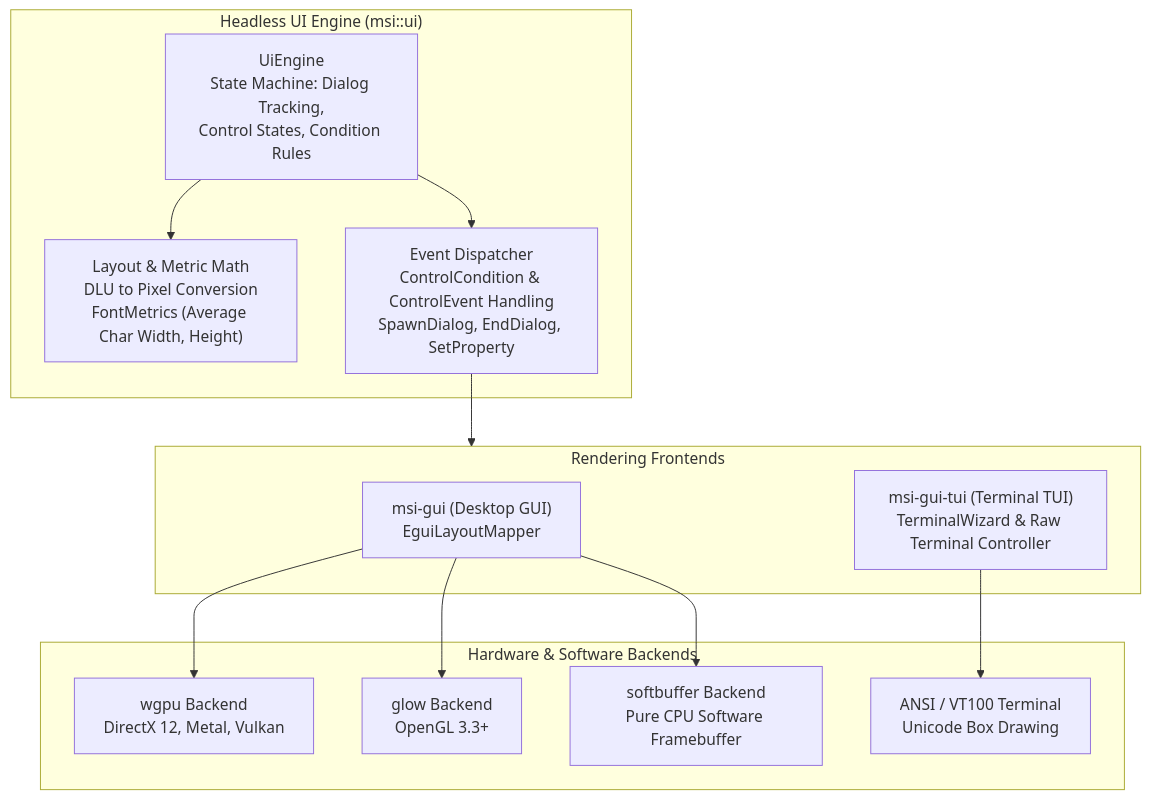
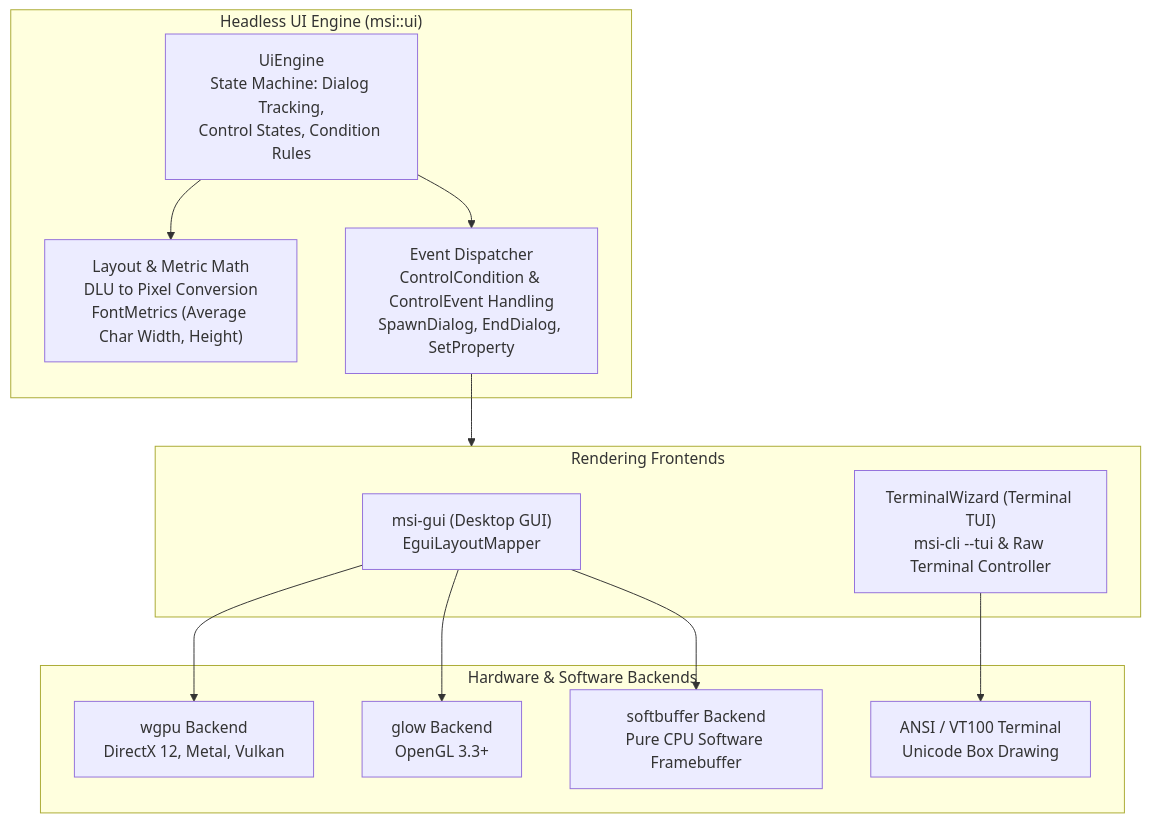
Before and after one commit to SamuelMarks/msi-rs: diagram 11 of 13 in ARCHITECTURE.md, drawn with Mermaid. The commit also changed other lines of this file and 13 other files, not shown here.

````diff
--- a/ARCHITECTURE.md
+++ b/ARCHITECTURE.md
@@ -600,29 +602,29 @@
 ```mermaid
 graph TD
     subgraph HEADLESS_CORE["Headless UI Engine (msi::ui)"]
         ENGINE["UiEngine<br/>State Machine: Dialog Tracking,<br/>Control States, Condition Rules"]
         LAYOUT["Layout & Metric Math<br/>DLU to Pixel Conversion<br/>FontMetrics (Average Char Width, Height)"]
         DISPATCH["Event Dispatcher<br/>ControlCondition & ControlEvent Handling<br/>SpawnDialog, EndDialog, SetProperty"]
     end
 
     subgraph FRONTENDS["Rendering Frontends"]
         GUI_FRONTEND["msi-gui (Desktop GUI)<br/>EguiLayoutMapper"]
-        TUI_FRONTEND["msi-gui-tui (Terminal TUI)<br/>TerminalWizard & Raw Terminal Controller"]
+        TUI_FRONTEND["TerminalWizard (Terminal TUI)<br/>msi-cli --tui & Raw Terminal Controller"]
     end
 
     subgraph RENDERING_BACKENDS["Hardware & Software Backends"]
         WGPU["wgpu Backend<br/>DirectX 12, Metal, Vulkan"]
         GLOW["glow Backend<br/>OpenGL 3.3+"]
         SOFT["softbuffer Backend<br/>Pure CPU Software Framebuffer"]
         TERM_RAW["ANSI / VT100 Terminal<br/>Unicode Box Drawing"]
     end
 
     ENGINE --> LAYOUT
     ENGINE --> DISPATCH
     DISPATCH --> FRONTENDS
 
     GUI_FRONTEND --> WGPU
     GUI_FRONTEND --> GLOW
     GUI_FRONTEND --> SOFT
     TUI_FRONTEND --> TERM_RAW
 ```
````
